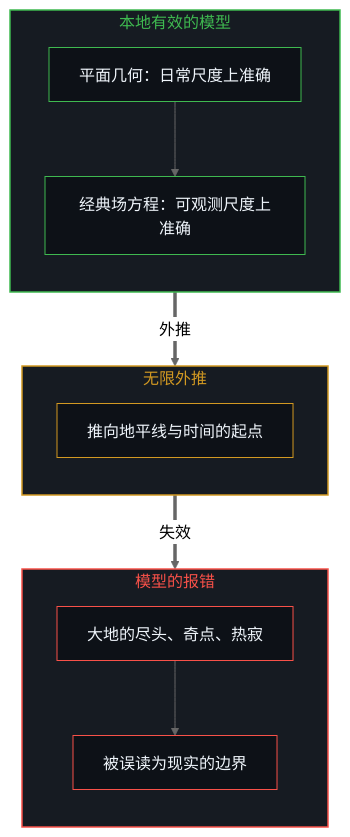
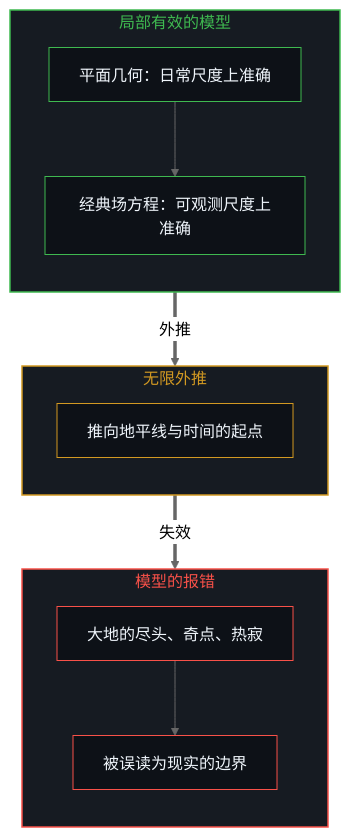
Before and after one commit to powerpig99/not-a-toe: the first of 2 diagrams in content/posts/tou-ying-de-jie-ti-yu-yin-guo-de-mao-dian.md, drawn with Mermaid (neutral theme). The commit also changed other lines of this file and 13 other files, not shown here.

````diff
--- a/content/posts/tou-ying-de-jie-ti-yu-yin-guo-de-mao-dian.md
+++ b/content/posts/tou-ying-de-jie-ti-yu-yin-guo-de-mao-dian.md
@@ -41,29 +41,29 @@
 ```mermaid
 flowchart TD
-    subgraph S_Local["本地有效的模型"]
+    subgraph S_Local["局部有效的模型"]
         direction TB
         L1["平面几何：日常尺度上准确"]
         L2["经典场方程：可观测尺度上准确"]
     end
     subgraph S_Extend["无限外推"]
         direction TB
         E1["推向地平线与时间的起点"]
     end
     subgraph S_Edge["模型的报错"]
         direction TB
         R1["大地的尽头、奇点、热寂"]
         R2["被误读为现实的边界"]
     end
     L1 --> L2
     L2 ==>|"外推"| E1
     E1 ==>|"失效"| R1
     R1 --> R2
     style S_Local fill:#161b22,stroke:#3fb950,stroke-width:1.5px,color:#3fb950
     style S_Extend fill:#161b22,stroke:#d29922,stroke-width:1.5px,color:#d29922
     style S_Edge fill:#161b22,stroke:#f85149,stroke-width:1.5px,color:#f85149
     style L1 fill:#0d1117,stroke:#3fb950,stroke-width:1px,color:#f0f6fc
     style L2 fill:#0d1117,stroke:#3fb950,stroke-width:1px,color:#f0f6fc
     style E1 fill:#0d1117,stroke:#d29922,stroke-width:1px,color:#f0f6fc
     style R1 fill:#0d1117,stroke:#f85149,stroke-width:1px,color:#f0f6fc
     style R2 fill:#0d1117,stroke:#f85149,stroke-width:1px,color:#f0f6fc
 ```
````
